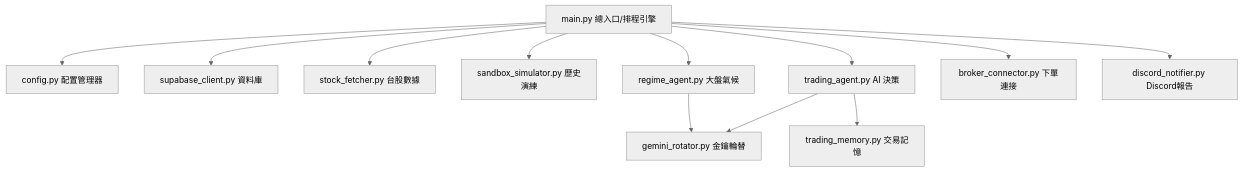
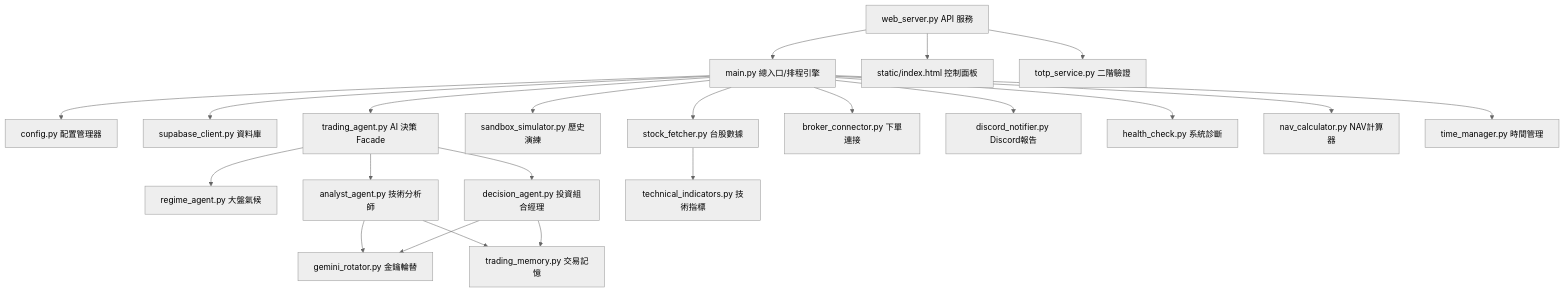
Before and after one commit to Jpopaholic/AIAutoStocks: the diagram in README.md, drawn with Mermaid (neutral theme). The commit also changed other lines of this file and 1 other file, not shown here.

````diff
--- a/README.md
+++ b/README.md
@@ -17,16 +17,29 @@
 ```mermaid
 graph TD
     A[main.py 總入口/排程引擎] --> B[config.py 配置管理器]
     A --> C[supabase_client.py 資料庫]
     A --> D[stock_fetcher.py 台股數據]
     A --> E[sandbox_simulator.py 歷史演練]
-    A --> F[trading_agent.py AI 決策]
-    A --> K[regime_agent.py 大盤氣候]
+    A --> F[trading_agent.py AI 決策 Facade]
     
-    F --> G[gemini_rotator.py 金鑰輪替]
-    F --> H[trading_memory.py 交易記憶]
-    K --> G
+    W[web_server.py API 服務] --> A
+    W --> H1[static/index.html 控制面板]
+    W --> T[totp_service.py 二階驗證]
+    
+    F --> F1[regime_agent.py 大盤氣候]
+    F --> F2[analyst_agent.py 技術分析師]
+    F --> F3[decision_agent.py 投資組合經理]
+    
+    F2 --> G[gemini_rotator.py 金鑰輪替]
+    F2 --> M[trading_memory.py 交易記憶]
+    F3 --> G
+    F3 --> M
     
     A --> I[broker_connector.py 下單連接]
     A --> J[discord_notifier.py Discord報告]
+    A --> H2[health_check.py 系統診斷]
+    A --> N[nav_calculator.py NAV計算器]
+    
+    D --> TI[technical_indicators.py 技術指標]
+    A --> TM[time_manager.py 時間管理]
 ```
````
